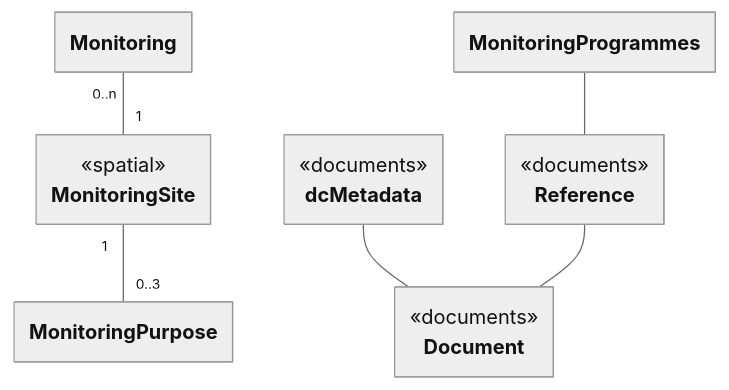
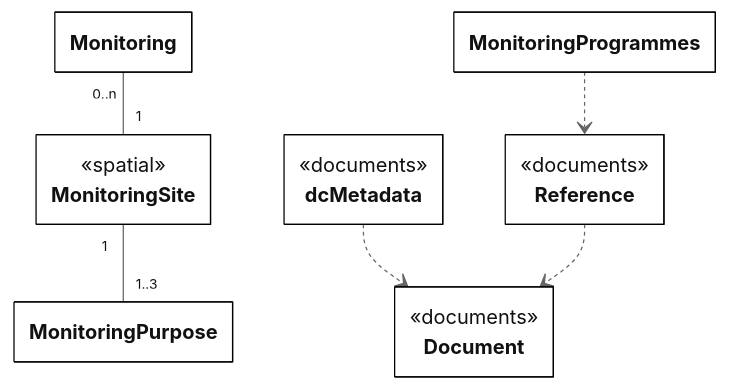
Before and after one commit to eeadata/WISE.WFD.Documentation: the diagram in docs/DataModelReview/mmd/Monitoring_4thCycle_Overview_ClassDiagram.mmd, drawn with Mermaid. The commit also changed 15 other files, not shown here.

```diff
--- a/docs/DataModelReview/mmd/Monitoring_4thCycle_Overview_ClassDiagram.mmd
+++ b/docs/DataModelReview/mmd/Monitoring_4thCycle_Overview_ClassDiagram.mmd
@@ -1,24 +1,27 @@
 ---
 config:
   class:
     hideEmptyMembersBox: true
   layout: dagre
   theme: neutral
 ---
 classDiagram
 direction TB
 
 class dcMetadata{<<documents>>}
 class Reference{<<documents>>}
 class Document {<<documents>>}
 class Monitoring{}
 class MonitoringPurpose{}
 class MonitoringProgrammes{}
 class MonitoringSite{<<spatial>>}
 
-dcMetadata -- Document
-Reference -- Document
-MonitoringProgrammes -- Reference 
+dcMetadata ..> Document
+Reference ..> Document
+MonitoringProgrammes ..> Reference 
 
-MonitoringSite "1" -- "0..3" MonitoringPurpose 
+MonitoringSite "1" -- "1..3" MonitoringPurpose 
 Monitoring "0..n"-- "1" MonitoringSite 
+
+classDef default fill:white,stroke:#000;
+classDef forFixing fill:white,stroke:#f00;
```
